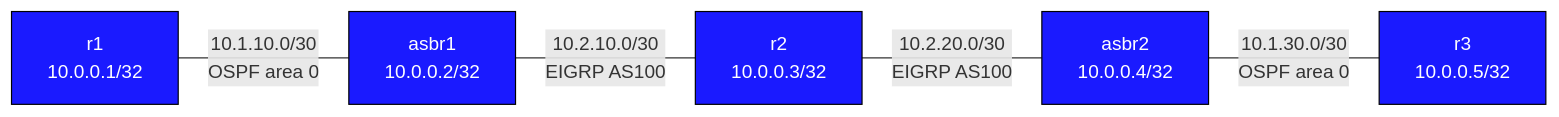
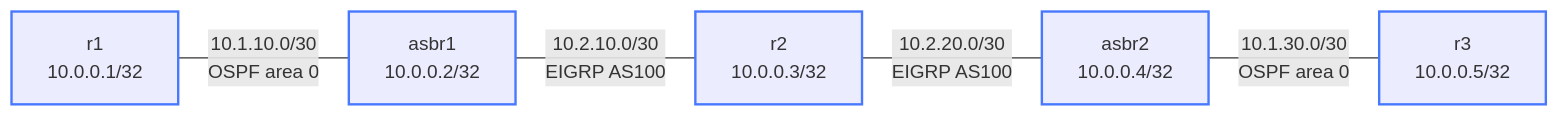
One commit to jschless/networkingLabs changed the diagram in labs/redistribution-tags/README.md. Above: the diagram before and after it, drawn with Mermaid. The commit also changed 250 other files, not shown here.

Commit message:
Fix unreadable topology diagrams, convert ASCII art, publish assessments (#57)

````diff
--- a/labs/redistribution-tags/README.md
+++ b/labs/redistribution-tags/README.md
@@ -11,16 +11,16 @@
 ```mermaid
 flowchart LR
-    r1["r1\n10.0.0.1/32"]
-    asbr1["asbr1\n10.0.0.2/32"]
-    r2["r2\n10.0.0.3/32"]
-    asbr2["asbr2\n10.0.0.4/32"]
-    r3["r3\n10.0.0.5/32"]
+    r1["r1<br/>10.0.0.1/32"]
+    asbr1["asbr1<br/>10.0.0.2/32"]
+    r2["r2<br/>10.0.0.3/32"]
+    asbr2["asbr2<br/>10.0.0.4/32"]
+    r3["r3<br/>10.0.0.5/32"]
 
-    r1 -- "10.1.10.0/30\nOSPF area 0" --- asbr1
-    asbr1 -- "10.2.10.0/30\nEIGRP AS100" --- r2
-    r2 -- "10.2.20.0/30\nEIGRP AS100" --- asbr2
-    asbr2 -- "10.1.30.0/30\nOSPF area 0" --- r3
+    r1 -- "10.1.10.0/30<br/>OSPF area 0" --- asbr1
+    asbr1 -- "10.2.10.0/30<br/>EIGRP AS100" --- r2
+    r2 -- "10.2.20.0/30<br/>EIGRP AS100" --- asbr2
+    asbr2 -- "10.1.30.0/30<br/>OSPF area 0" --- r3
 
-    classDef router fill:#1a1aff,color:#fff,stroke:#000
+    classDef router stroke:#4778ff,stroke-width:2px
     class r1,asbr1,r2,asbr2,r3 router
 ```
````
